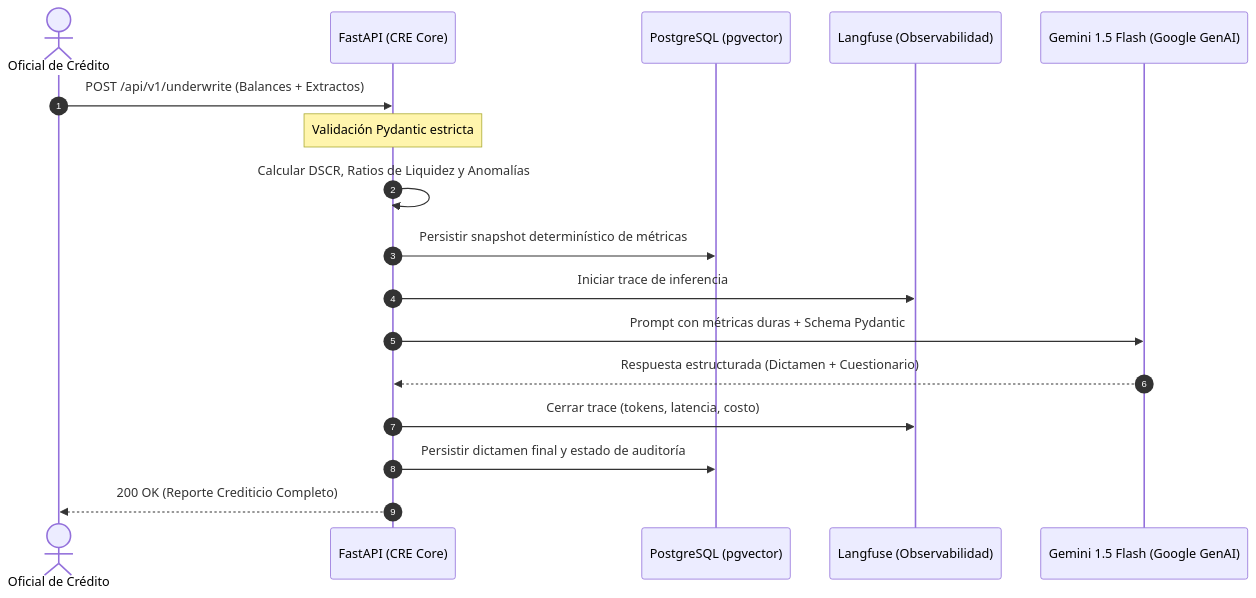
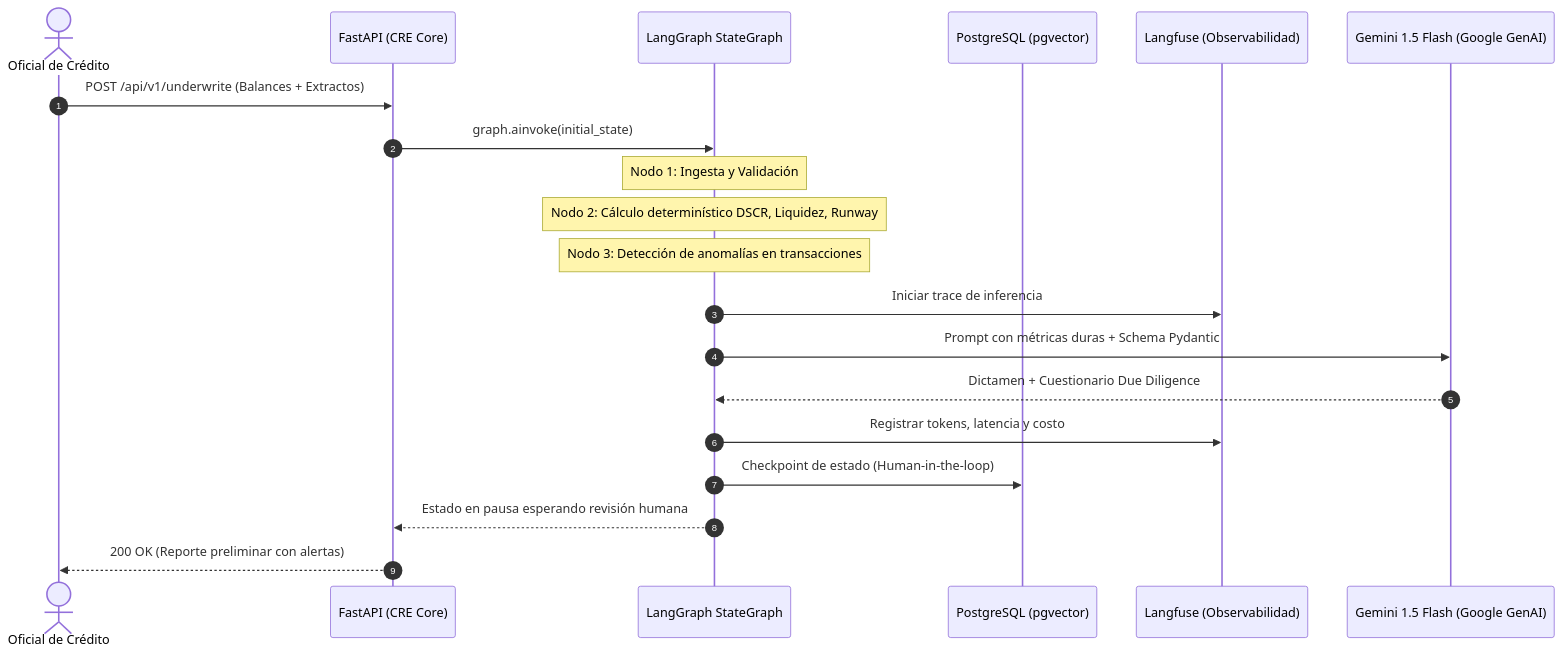
One commit to jorge-maikel-sierra/confiamos-risk-engine changed the second of 2 diagrams in .specs/01-credit-risk-engine.md. Above: the diagram before and after it, drawn with Mermaid. The commit also changed other lines of this file and 1 other file, not shown here.

Commit message:
docs(spec): add LangGraph StateGraph orchestration to SPEC-01 and AGENTS rules

````diff
--- a/.specs/01-credit-risk-engine.md
+++ b/.specs/01-credit-risk-engine.md
@@ -33,22 +59,26 @@
 ```mermaid
 sequenceDiagram
     autonumber
     actor Oficial as Oficial de Crédito
     participant API as FastAPI (CRE Core)
+    participant LG as LangGraph StateGraph
     participant DB as PostgreSQL (pgvector)
     participant Obs as Langfuse (Observabilidad)
     participant AI as Gemini 1.5 Flash (Google GenAI)
 
     Oficial->>API: POST /api/v1/underwrite (Balances + Extractos)
-    Note over API: Validación Pydantic estricta
-    API->>API: Calcular DSCR, Ratios de Liquidez y Anomalías
-    API->>DB: Persistir snapshot determinístico de métricas
+    API->>LG: graph.ainvoke(initial_state)
     
-    API->>Obs: Iniciar trace de inferencia
-    API->>AI: Prompt con métricas duras + Schema Pydantic
-    AI-->>API: Respuesta estructurada (Dictamen + Cuestionario)
-    API->>Obs: Cerrar trace (tokens, latencia, costo)
+    Note over LG: Nodo 1: Ingesta y Validación
+    Note over LG: Nodo 2: Cálculo determinístico DSCR, Liquidez, Runway
+    Note over LG: Nodo 3: Detección de anomalías en transacciones
     
-    API->>DB: Persistir dictamen final y estado de auditoría
-    API-->>Oficial: 200 OK (Reporte Crediticio Completo)
+    LG->>Obs: Iniciar trace de inferencia
+    LG->>AI: Prompt con métricas duras + Schema Pydantic
+    AI-->>LG: Dictamen + Cuestionario Due Diligence
+    LG->>Obs: Registrar tokens, latencia y costo
+    
+    LG->>DB: Checkpoint de estado (Human-in-the-loop)
+    LG-->>API: Estado en pausa esperando revisión humana
+    API-->>Oficial: 200 OK (Reporte preliminar con alertas)
 ```
````
